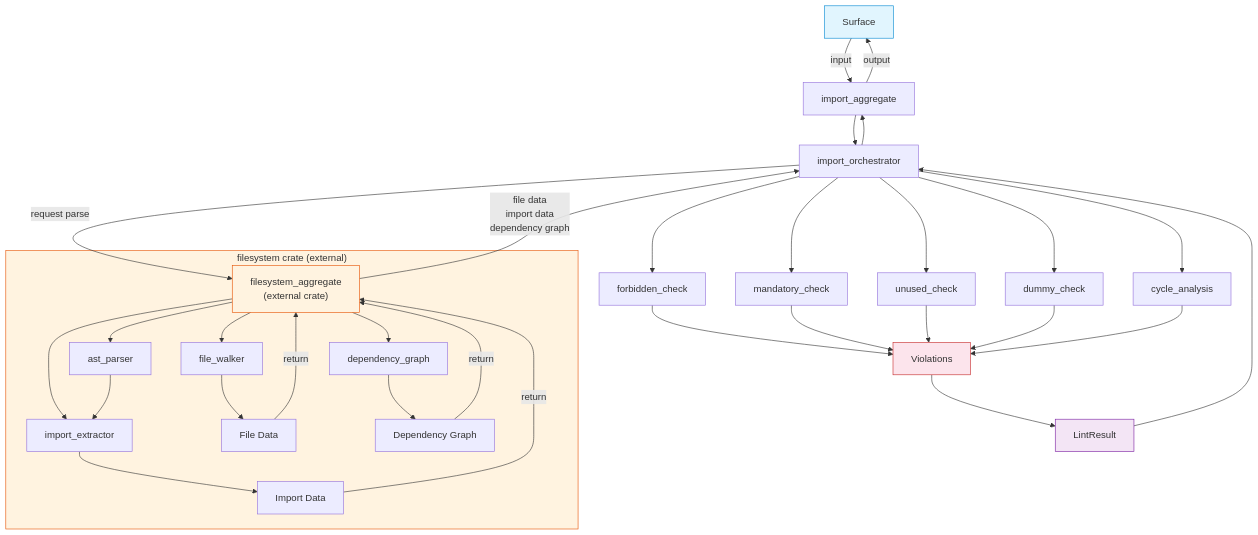
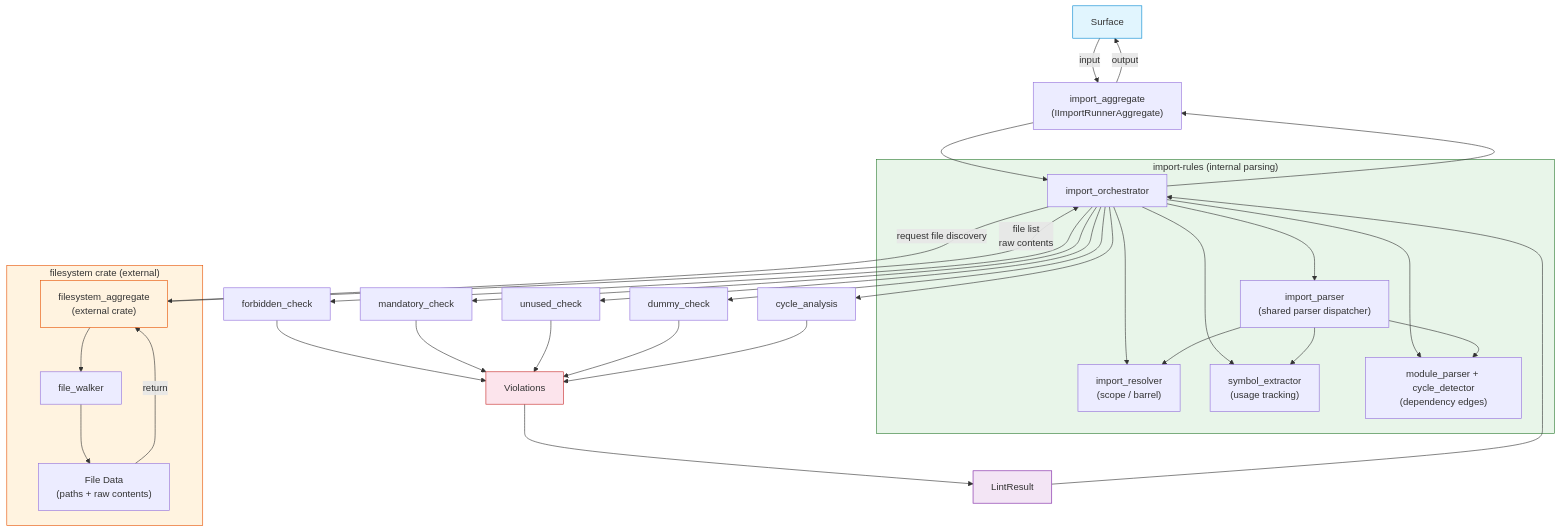
The diagram in crates/import-rules/FRD.md (rakaarwaky/lint-arwaky), drawn with Mermaid before and after one commit. The commit also changed other lines of this file and 9 other files, not shown here.

````diff
--- a/crates/import-rules/FRD.md
+++ b/crates/import-rules/FRD.md
@@ -9,45 +9,48 @@
 ```mermaid
 flowchart TD
-    A["Surface"] -->|input| B["import_aggregate"]
+    A["Surface"] -->|input| B["import_aggregate\n(IImportRunnerAggregate)"]
     B --> C["import_orchestrator"]
 
-    C -->|"request parse"| D["filesystem_aggregate\n(external crate)"]
+    C -->|"request file discovery"| D["filesystem_aggregate\n(external crate)"]
 
     subgraph FS ["filesystem crate (external)"]
         D --> E1["file_walker"]
-        D --> F1["ast_parser"]
-        D --> F2["import_extractor"]
-        D --> F3["dependency_graph"]
-        F1 --> F2
-        E1 --> G1["File Data"]
-        F2 --> G2["Import Data"]
-        F3 --> G3["Dependency Graph"]
+        E1 --> G1["File Data\n(paths + raw contents)"]
     end
 
     G1 -->|"return"| D
-    G2 -->|"return"| D
-    G3 -->|"return"| D
-    D -->|"file data\nimport data\ndependency graph"| C
+    D -->|"file list\nraw contents"| C
+
+    subgraph IR ["import-rules (internal parsing)"]
+        C --> P1["import_parser\n(shared parser dispatcher)"]
+        C --> P2["import_resolver\n(scope / barrel)"]
+        C --> P3["symbol_extractor\n(usage tracking)"]
+        C --> P4["module_parser + cycle_detector\n(dependency edges)"]
+        P1 --> P2
+        P1 --> P3
+        P1 --> P4
+    end
 
     C --> H1["forbidden_check"]
     C --> H2["mandatory_check"]
     C --> H3["unused_check"]
     C --> H4["dummy_check"]
     C --> H5["cycle_analysis"]
     H1 --> I["Violations"]
     H2 --> I
     H3 --> I
     H4 --> I
     H5 --> I
 
     I --> J["LintResult"]
     J --> C
     C --> B
     B -->|output| A
 
     style A fill:#e1f5fe,stroke:#0288d1
     style FS fill:#fff3e0,stroke:#e65100
+    style IR fill:#e8f5e9,stroke:#2e7d32
     style D fill:#fff3e0,stroke:#e65100
     style I fill:#fce4ec,stroke:#c62828
     style J fill:#f3e5f5,stroke:#7b1fa2
 ```
````
